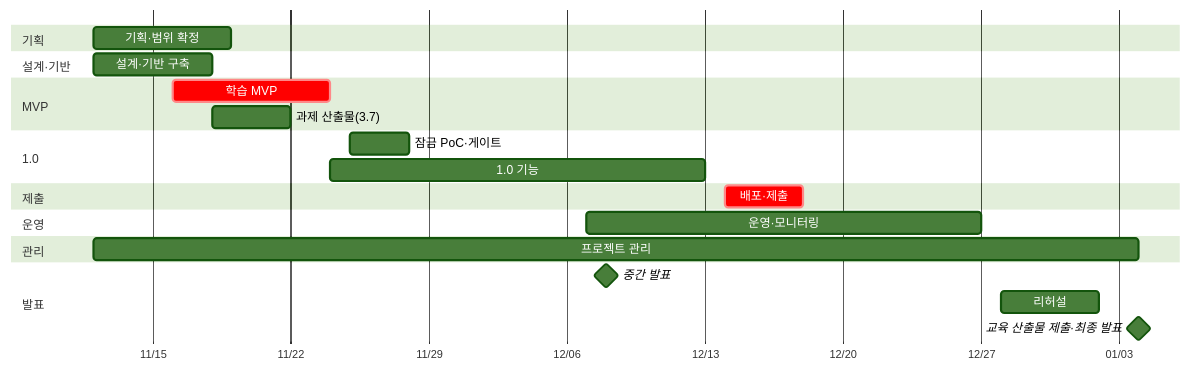
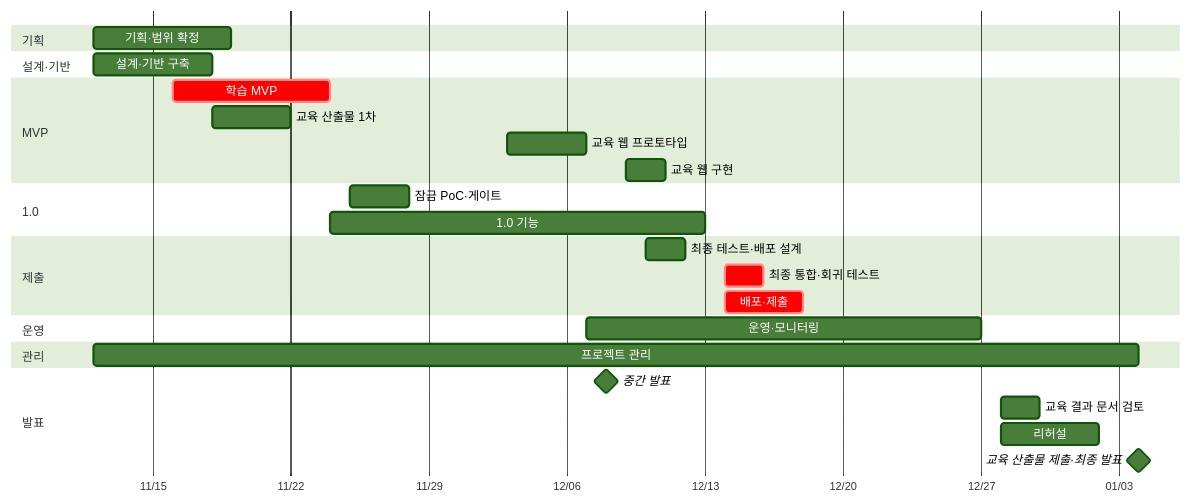
One commit to obhht2302-ctrl/AIO_team_04_final_project changed the diagram in DOC/Step 1/WBS.md. Above: the diagram before and after it, drawn with Mermaid (forest theme). The commit also changed other lines of this file and 4 other files, not shown here.

````diff
--- a/DOC/Step 1/WBS.md
+++ b/DOC/Step 1/WBS.md
@@ -206,25 +267,30 @@
 ```mermaid
 gantt
   dateFormat YYYY-MM-DD
   axisFormat %m/%d
   section 기획
   기획·범위 확정        :a1, 2026-11-12, 2026-11-19
   section 설계·기반
   설계·기반 구축         :a2, 2026-11-12, 2026-11-18
   section MVP
   학습 MVP              :crit, a3, 2026-11-16, 2026-11-24
-  과제 산출물(3.7)       :a3b, 2026-11-18, 2026-11-22
+  교육 산출물 1차        :a3b, 2026-11-18, 2026-11-22
+  교육 웹 프로토타입      :a3c, 2026-12-03, 2026-12-07
+  교육 웹 구현           :a3d, 2026-12-09, 2026-12-11
   section 1.0
   잠금 PoC·게이트        :a4a, 2026-11-25, 2026-11-28
   1.0 기능              :a4, 2026-11-24, 2026-12-13
   section 제출
+  최종 테스트·배포 설계    :a5a, 2026-12-10, 2026-12-12
+  최종 통합·회귀 테스트    :crit, a5b, 2026-12-14, 2026-12-16
   배포·제출              :crit, a5, 2026-12-14, 2026-12-18
   section 운영
   운영·모니터링          :a6, 2026-12-07, 2026-12-27
   section 관리
   프로젝트 관리          :a7, 2026-11-12, 2027-01-04
   section 발표
   중간 발표              :milestone, amp, 2026-12-08, 0d
+  교육 결과 문서 검토      :a8b, 2026-12-28, 2026-12-30
   리허설                :a8, 2026-12-28, 2027-01-02
   교육 산출물 제출·최종 발표 :milestone, a9, 2027-01-04, 0d
 ```
````
